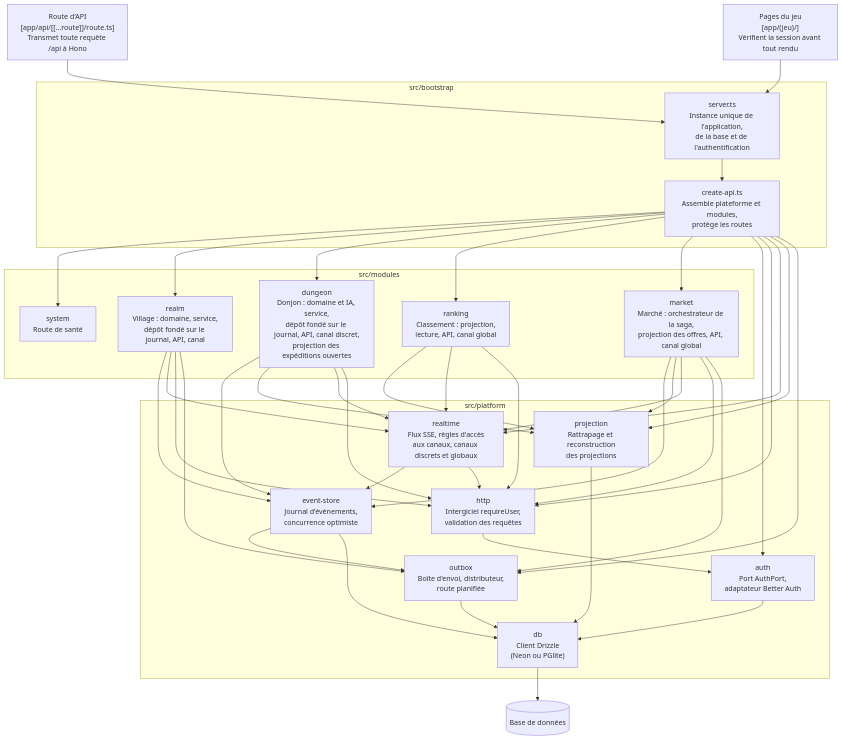
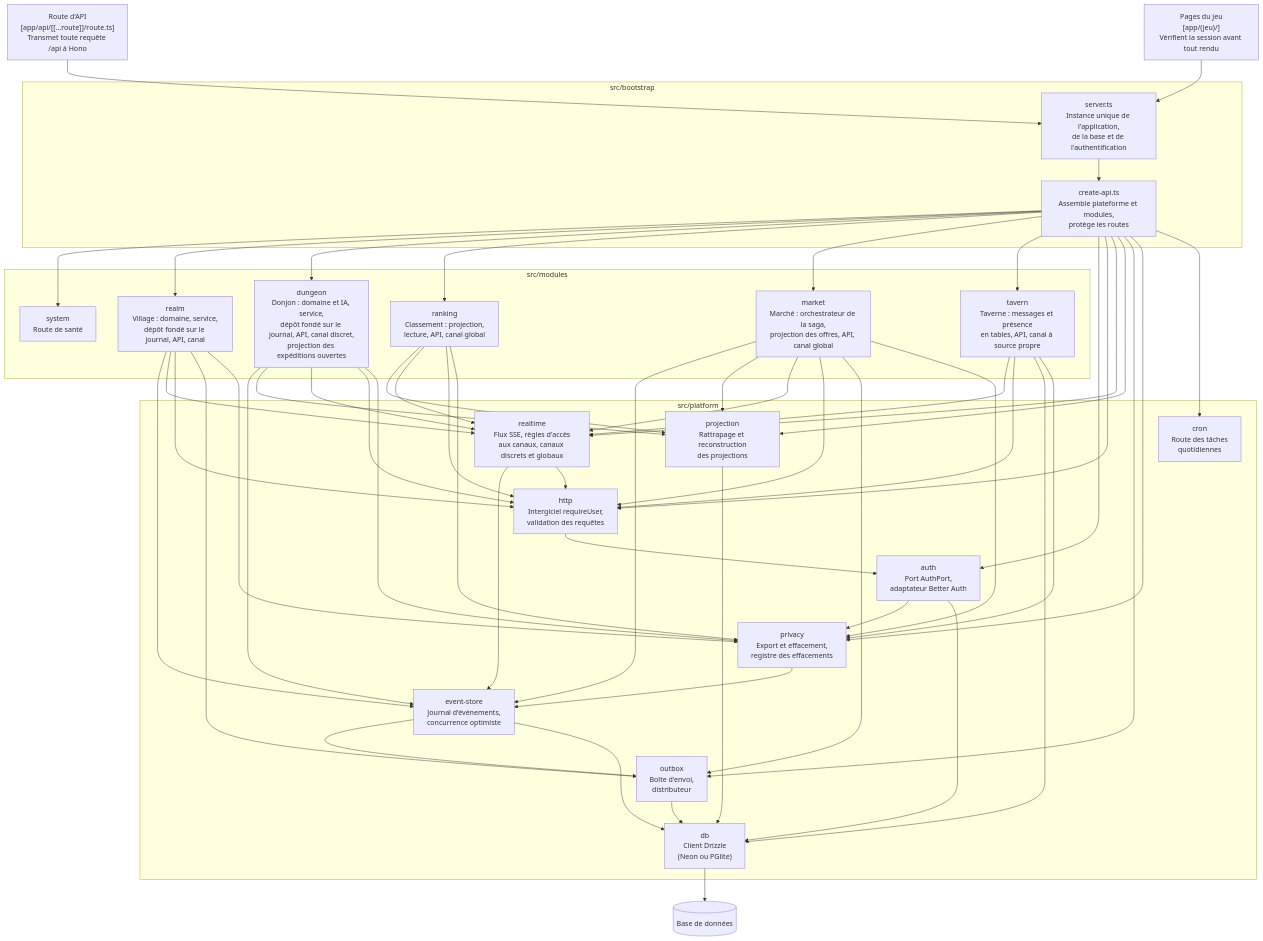
The third of 4 diagrams in docs/architecture.md (Swixos/royaumes), drawn with Mermaid before and after one commit. The commit also changed other lines of this file and 1 other file, not shown here.

First line of the commit message:
docs: update the tavern and personal data documentation

````diff
--- a/docs/architecture.md
+++ b/docs/architecture.md
@@ -54,42 +55,49 @@
 ```mermaid
 flowchart TB
   route["Route d'API<br/>[app/api/[[...route]]/route.ts]<br/>Transmet toute requête /api à Hono"]
   pages["Pages du jeu<br/>[app/(jeu)/]<br/>Vérifient la session avant tout rendu"]
   subgraph bootstrap["src/bootstrap"]
     server["server.ts<br/>Instance unique de l'application,<br/>de la base et de l'authentification"]
     createapi["create-api.ts<br/>Assemble plateforme et modules,<br/>protège les routes"]
   end
   subgraph modules["src/modules"]
     system["system<br/>Route de santé"]
     realm["realm<br/>Village : domaine, service,<br/>dépôt fondé sur le journal, API, canal"]
     dungeon["dungeon<br/>Donjon : domaine et IA, service,<br/>dépôt fondé sur le journal, API, canal discret,<br/>projection des expéditions ouvertes"]
     ranking["ranking<br/>Classement : projection,<br/>lecture, API, canal global"]
     market["market<br/>Marché : orchestrateur de la saga,<br/>projection des offres, API, canal global"]
+    tavern["tavern<br/>Taverne : messages et présence<br/>en tables, API, canal à source propre"]
   end
   subgraph platform["src/platform"]
     auth["auth<br/>Port AuthPort,<br/>adaptateur Better Auth"]
     http["http<br/>Intergiciel requireUser,<br/>validation des requêtes"]
     realtime["realtime<br/>Flux SSE, règles d'accès<br/>aux canaux, canaux discrets et globaux"]
     store["event-store<br/>Journal d'événements,<br/>concurrence optimiste"]
     projection["projection<br/>Rattrapage et reconstruction<br/>des projections"]
-    outbox["outbox<br/>Boîte d'envoi, distributeur,<br/>route planifiée"]
+    outbox["outbox<br/>Boîte d'envoi,<br/>distributeur"]
+    privacy["privacy<br/>Export et effacement,<br/>registre des effacements"]
+    cron["cron<br/>Route des tâches<br/>quotidiennes"]
     db["db<br/>Client Drizzle<br/>(Neon ou PGlite)"]
   end
   base[("Base de données")]
   route --> server
   pages --> server
   server --> createapi
-  createapi --> system & realm & dungeon & ranking & market & auth & http & realtime & projection & outbox
+  createapi --> system & realm & dungeon & ranking & market & tavern & auth & http & realtime & projection & outbox & privacy & cron
   realm --> store & realtime & http & outbox
   market --> store & projection & realtime & http & outbox
   dungeon --> store & projection & realtime & http
   ranking --> projection & realtime & http
+  tavern --> realtime & http & db
+  realm & dungeon & market & ranking & tavern --> privacy
+  privacy --> store
+  auth --> privacy
   realtime --> store & http
   projection --> db
   store --> outbox
   outbox --> db
   http --> auth
   auth --> db
   store --> db
   db --> base
 ```
````
